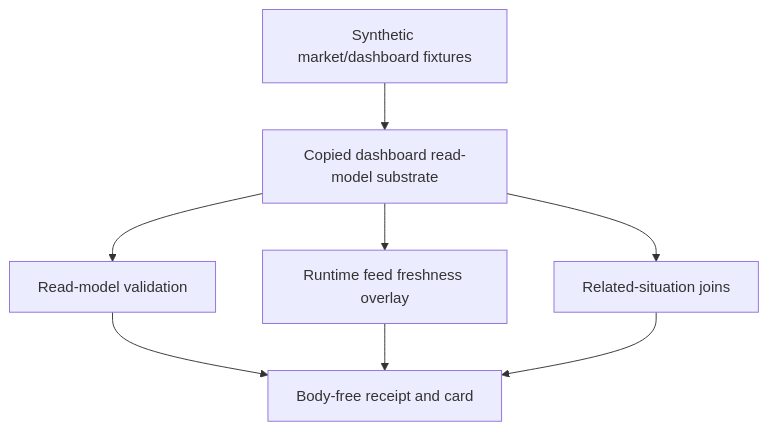
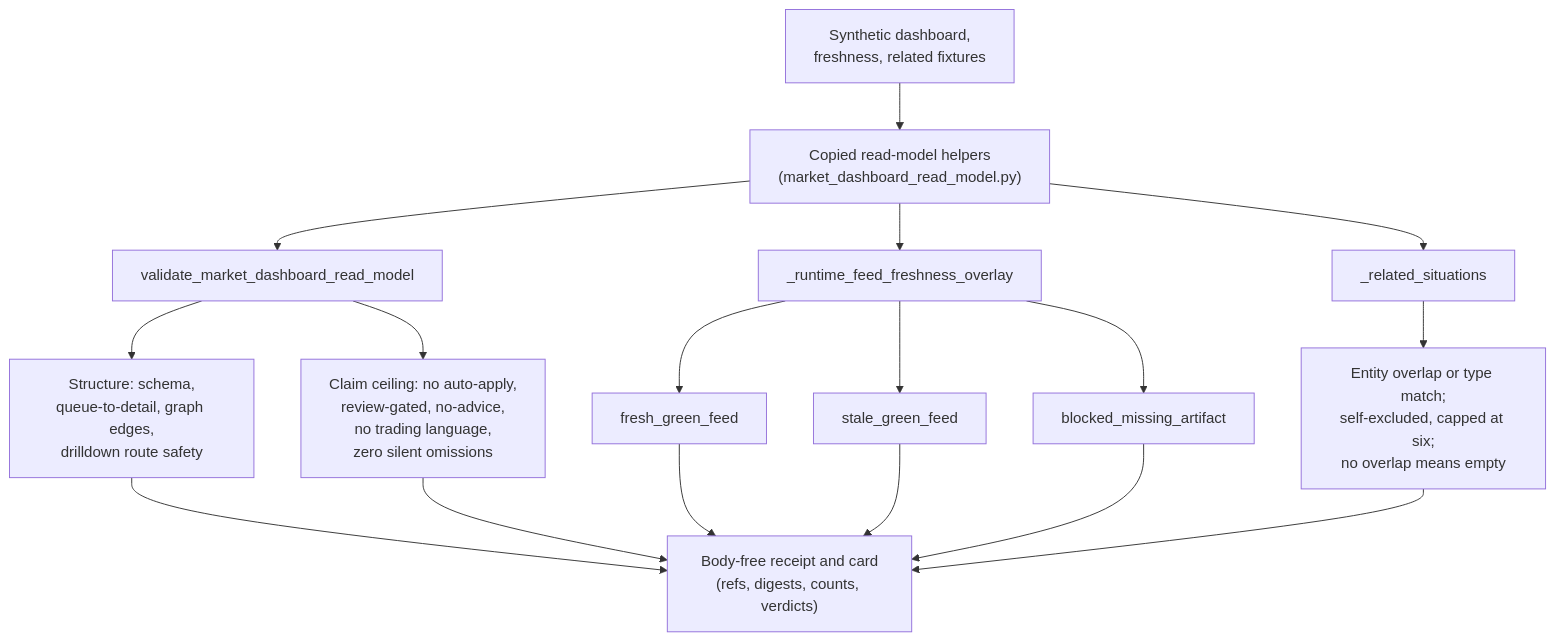
Before and after one commit to wcook04/plectis: the diagram in paper_modules/batch12_market_dashboard_read_model_capsule.md, drawn with Mermaid. The commit also changed other lines of this file and 90 other files, not shown here.

First line of the commit message:
microcosm: enrich public paper-module prose and Shape diagrams (91 modules)

````diff
--- a/paper_modules/batch12_market_dashboard_read_model_capsule.md
+++ b/paper_modules/batch12_market_dashboard_read_model_capsule.md
@@ -72,10 +132,23 @@
 ```mermaid
 flowchart TD
-    A["Synthetic market/dashboard fixtures"] --> B["Copied dashboard read-model substrate"]
-    B --> C["Read-model validation"]
-    B --> D["Runtime feed freshness overlay"]
-    B --> E["Related-situation joins"]
-    C --> F["Body-free receipt and card"]
-    D --> F
-    E --> F
+    A["Synthetic dashboard,<br/>freshness, related fixtures"] --> B["Copied read-model helpers<br/>(market_dashboard_read_model.py)"]
+
+    B --> C["validate_market_dashboard_read_model"]
+    C --> C1["Structure: schema,<br/>queue-to-detail, graph edges,<br/>drilldown route safety"]
+    C --> C2["Claim ceiling: no auto-apply,<br/>review-gated, no-advice,<br/>no trading language,<br/>zero silent omissions"]
+
+    B --> D["_runtime_feed_freshness_overlay"]
+    D --> D1["fresh_green_feed"]
+    D --> D2["stale_green_feed"]
+    D --> D3["blocked_missing_artifact"]
+
+    B --> E["_related_situations"]
+    E --> E1["Entity overlap or type match;<br/>self-excluded, capped at six;<br/>no overlap means empty"]
+
+    C1 --> F["Body-free receipt and card<br/>(refs, digests, counts, verdicts)"]
+    C2 --> F
+    D1 --> F
+    D2 --> F
+    D3 --> F
+    E1 --> F
 ```
````
